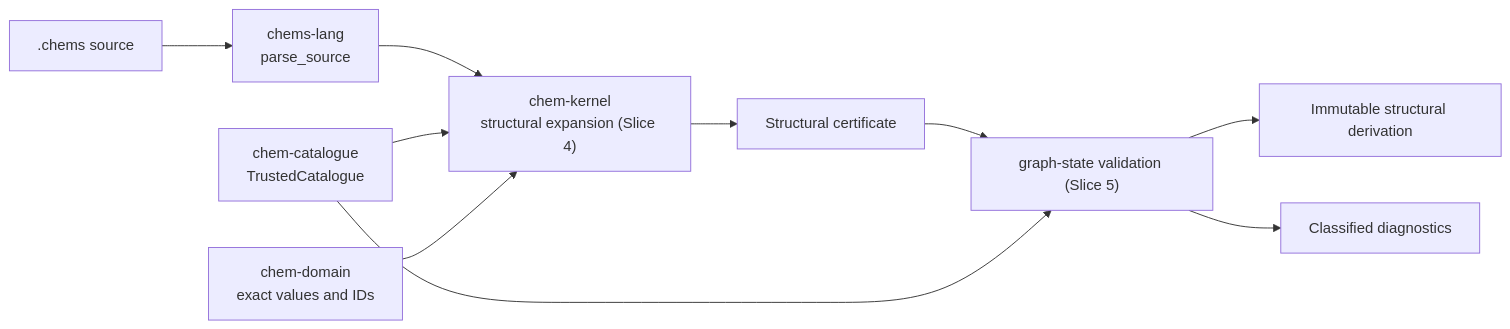
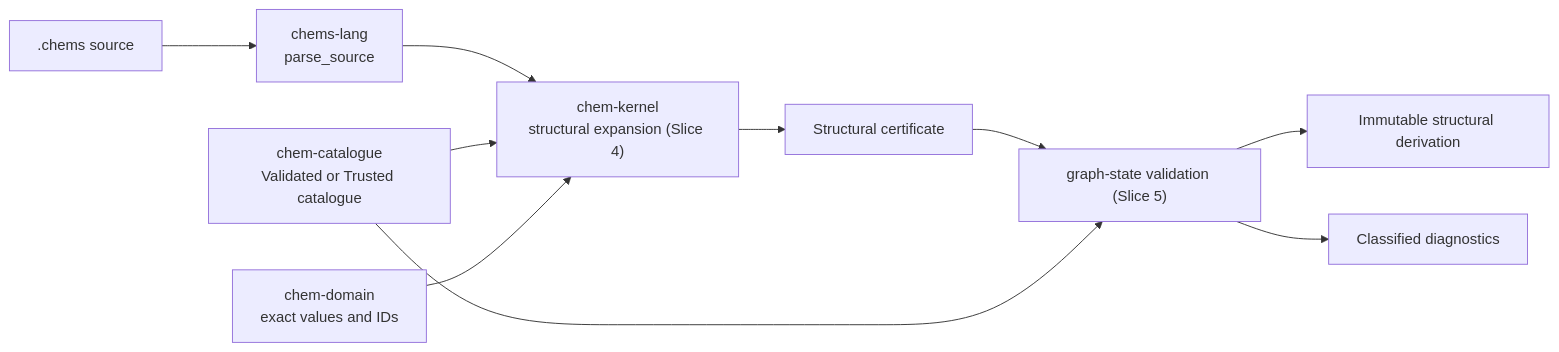
One commit to charles-mills/ChemSpec changed the diagram in crates/chem-kernel/README.md. Above: the diagram before and after it, drawn with Mermaid. The commit also changed other lines of this file and 28 other files, not shown here.

````diff
--- a/crates/chem-kernel/README.md
+++ b/crates/chem-kernel/README.md
@@ -13,12 +16,12 @@
 ```mermaid
 flowchart LR
     source[".chems source"] --> frontend["chems-lang<br/>parse_source"]
     frontend --> elaborate["chem-kernel<br/>structural expansion (Slice 4)"]
-    catalogue["chem-catalogue<br/>TrustedCatalogue"] --> elaborate
+    catalogue["chem-catalogue<br/>Validated or Trusted catalogue"] --> elaborate
     domain["chem-domain<br/>exact values and IDs"] --> elaborate
     elaborate --> hir["Structural certificate"]
     hir --> kernel["graph-state validation (Slice 5)"]
     catalogue --> kernel
     kernel --> derivation["Immutable structural derivation"]
     kernel --> diagnostics["Classified diagnostics"]
 ```
````
